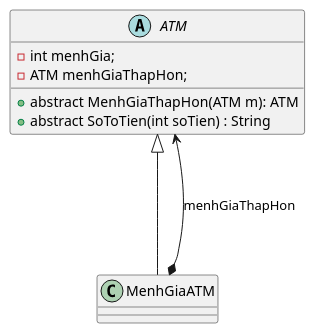
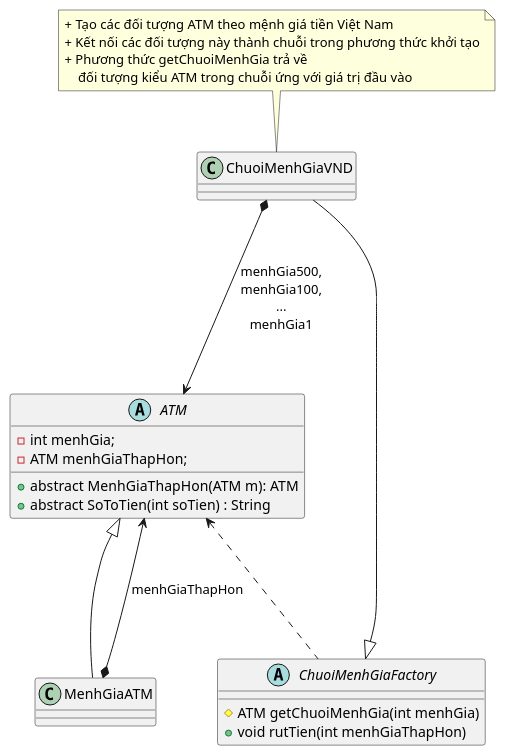
The diagram in src/behavioral/chainOfResponsibility/BT1/ATM.puml (ThanhThn/LeHoangQuocThanh_63135429), drawn with PlantUML before and after one commit. The commit also changed 51 other files, not shown here.

```diff
--- a/src/behavioral/chainOfResponsibility/BT1/ATM.puml
+++ b/src/behavioral/chainOfResponsibility/BT1/ATM.puml
@@ -1,15 +1,28 @@
 @startuml
 'https://plantuml.com/class-diagram
 
 abstract ATM{
 - int menhGia;
 - ATM menhGiaThapHon;
 + abstract MenhGiaThapHon(ATM m): ATM
 + abstract SoToTien(int soTien) : String
 }
 
+abstract ChuoiMenhGiaFactory{
+# ATM getChuoiMenhGia(int menhGia)
++ void rutTien(int menhGiaThapHon)
+}
 
 ATM <|--- MenhGiaATM
 ATM <---* MenhGiaATM: menhGiaThapHon
+ATM <... ChuoiMenhGiaFactory
+ChuoiMenhGiaVND ----|> ChuoiMenhGiaFactory
+ChuoiMenhGiaVND *---> ATM:"menhGia500,\nmenhGia100,\n...\nmenhGia1"
 
+note top of ChuoiMenhGiaVND
+    + Tạo các đối tượng ATM theo mệnh giá tiền Việt Nam
+    + Kết nối các đối tượng này thành chuỗi trong phương thức khởi tạo
+    + Phương thức getChuoiMenhGia trả về
+        đối tượng kiểu ATM trong chuỗi ứng với giá trị đầu vào
+end note
 @enduml
```
